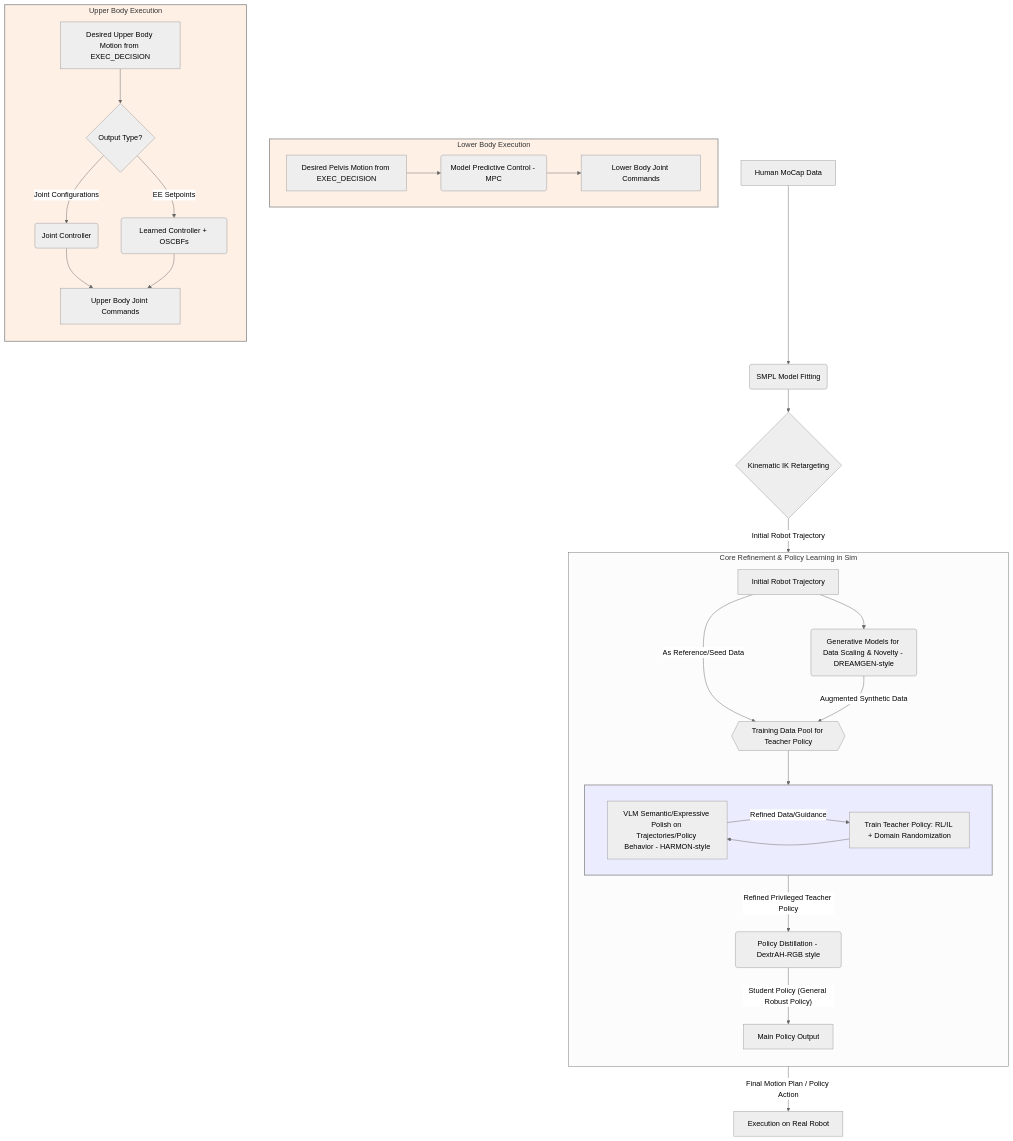
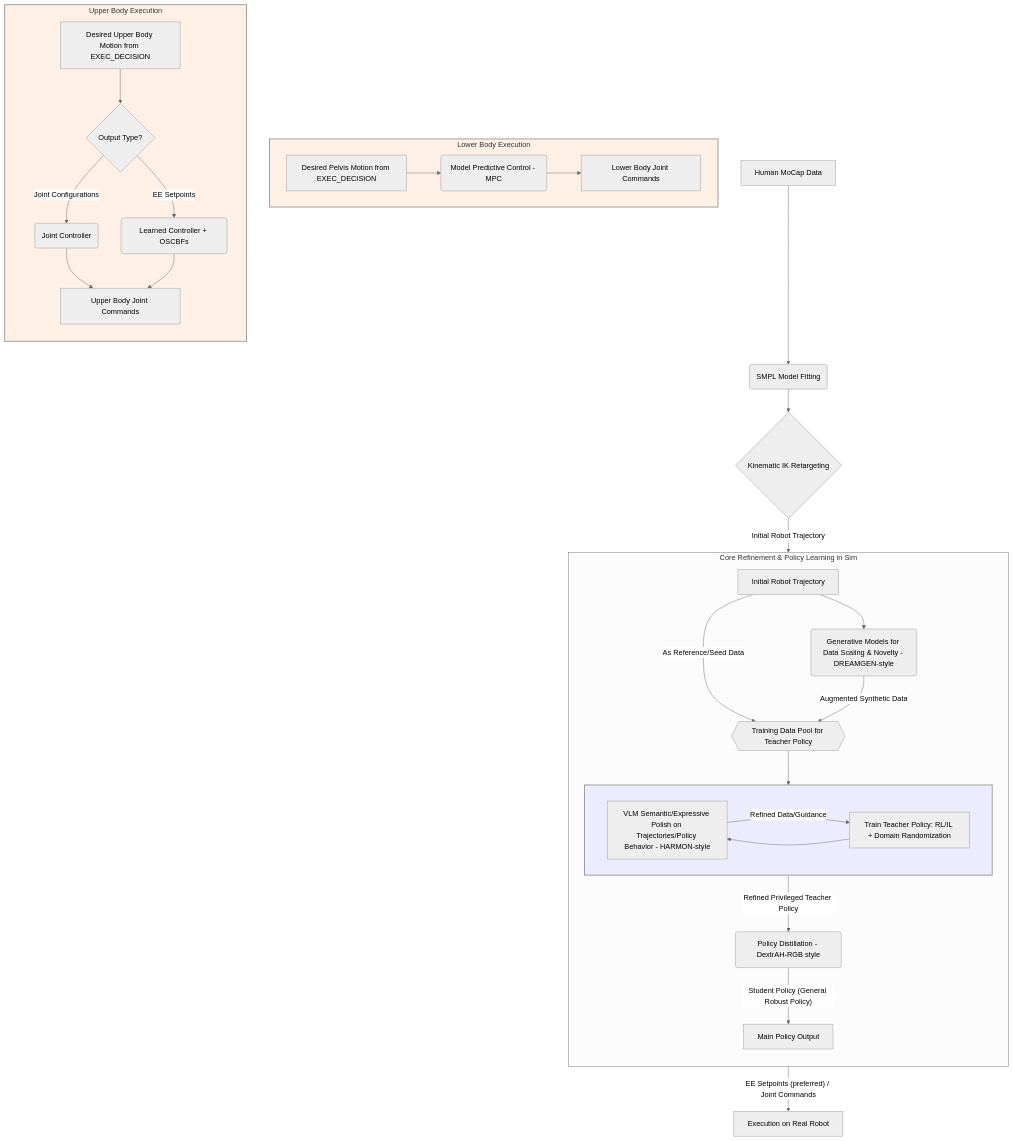
One commit to moribots/mocap_policy changed the diagram in flowchart.mmd. Above: the diagram before and after it, drawn with Mermaid (neutral theme).

Commit message:
fixup! update

```diff
--- a/flowchart.mmd
+++ b/flowchart.mmd
@@ -1,108 +1,108 @@
 ---
 
 config:
 
 layout: dagre
 
 ---
 
 flowchart TD
 
 subgraph E_Iterative_Loop[" "]
 
 direction LR
 
 E_VLM_Polish["VLM Semantic/Expressive Polish on Trajectories/Policy Behavior - HARMON-style"]
 
 E_Train_Teacher["Train Teacher Policy: RL/IL + Domain Randomization"]
 
 end
 
 subgraph Sim_Training_Pipeline["Core Refinement & Policy Learning in Sim"]
 
 direction TB
 
 E_Initial_Traj_Node["Initial Robot Trajectory"]
 
 E_DREAMGEN("Generative Models for Data Scaling & Novelty - DREAMGEN-style")
 
 
 E_Training_Data_Pool{{"Training Data Pool for Teacher Policy"}}
 
 E_Iterative_Loop
 
 E_Distill("Policy Distillation - DextrAH-RGB style")
 
 MAIN_POLICY_OUTPUT["Main Policy Output"]
 
 end
 
 subgraph F_EXEC_Lower["Lower Body Execution"]
 
 F_EXEC_L_MPC("Model Predictive Control - MPC")
 
 F_EXEC_L_Input["Desired Pelvis Motion from EXEC_DECISION"]
 
 F_EXEC_L_Cmds["Lower Body Joint Commands"]
 
 end
 
 subgraph F_EXEC_Upper["Upper Body Execution"]
 
 direction TB
 
 F_EXEC_U_Decision{"Output Type?"}
 
 F_EXEC_U_Input["Desired Upper Body Motion from EXEC_DECISION"]
 
 F_EXEC_U_JC("Joint Controller")
 
 F_EXEC_U_Cmds["Upper Body Joint Commands"]
 
 F_EXEC_U_EESC("Learned Controller + OSCBFs")
 
 end
 
 A["Human MoCap Data"] --> B("SMPL Model Fitting")
 
 B --> C{"Kinematic IK Retargeting"}
 
 C -- Initial Robot Trajectory --> E_Initial_Traj_Node
 
 E_Initial_Traj_Node --> E_DREAMGEN
 
 E_Initial_Traj_Node -- As Reference/Seed Data --> E_Training_Data_Pool
 
 E_DREAMGEN -- Augmented Synthetic Data --> E_Training_Data_Pool
 
 E_Training_Data_Pool --> E_Iterative_Loop
 
 E_Train_Teacher --> E_VLM_Polish
 
 E_VLM_Polish -- Refined Data/Guidance --> E_Train_Teacher
 
 E_Iterative_Loop -- Refined Privileged Teacher Policy --> E_Distill
 
 E_Distill -- Student Policy (General Robust Policy) --> MAIN_POLICY_OUTPUT
 
-MAIN_POLICY_OUTPUT -- Final Motion Plan / Policy Action --> F_EXEC["Execution on Real Robot"]
+MAIN_POLICY_OUTPUT -- EE Setpoints (preferred) / Joint Commands --> F_EXEC["Execution on Real Robot"]
 
 F_EXEC_L_Input --> F_EXEC_L_MPC
 
 F_EXEC_L_MPC --> F_EXEC_L_Cmds
 
 F_EXEC_U_Input --> F_EXEC_U_Decision
 
 F_EXEC_U_Decision -- Joint Configurations --> F_EXEC_U_JC
 
 F_EXEC_U_JC --> F_EXEC_U_Cmds
 
 F_EXEC_U_Decision -- EE Setpoints --> F_EXEC_U_EESC
 
 F_EXEC_U_EESC --> F_EXEC_U_Cmds
 
 style E_Iterative_Loop fill:#ececff,stroke:#999,stroke-width:2px
 
 style F_EXEC_Lower fill:#fff0e6,stroke:#999,stroke-width:2px
 
 style F_EXEC_Upper fill:#fff0e6,stroke:#999,stroke-width:2px
```
